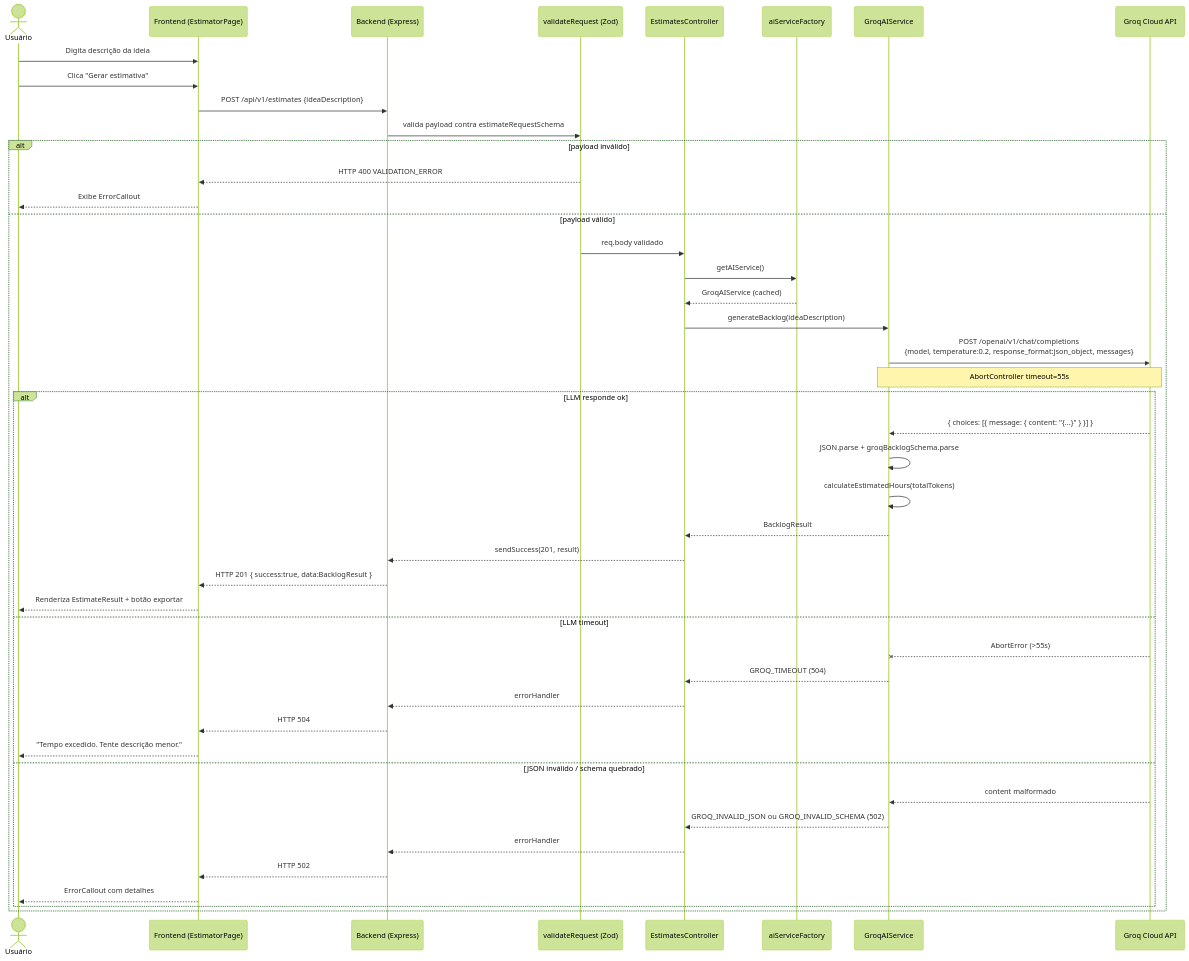
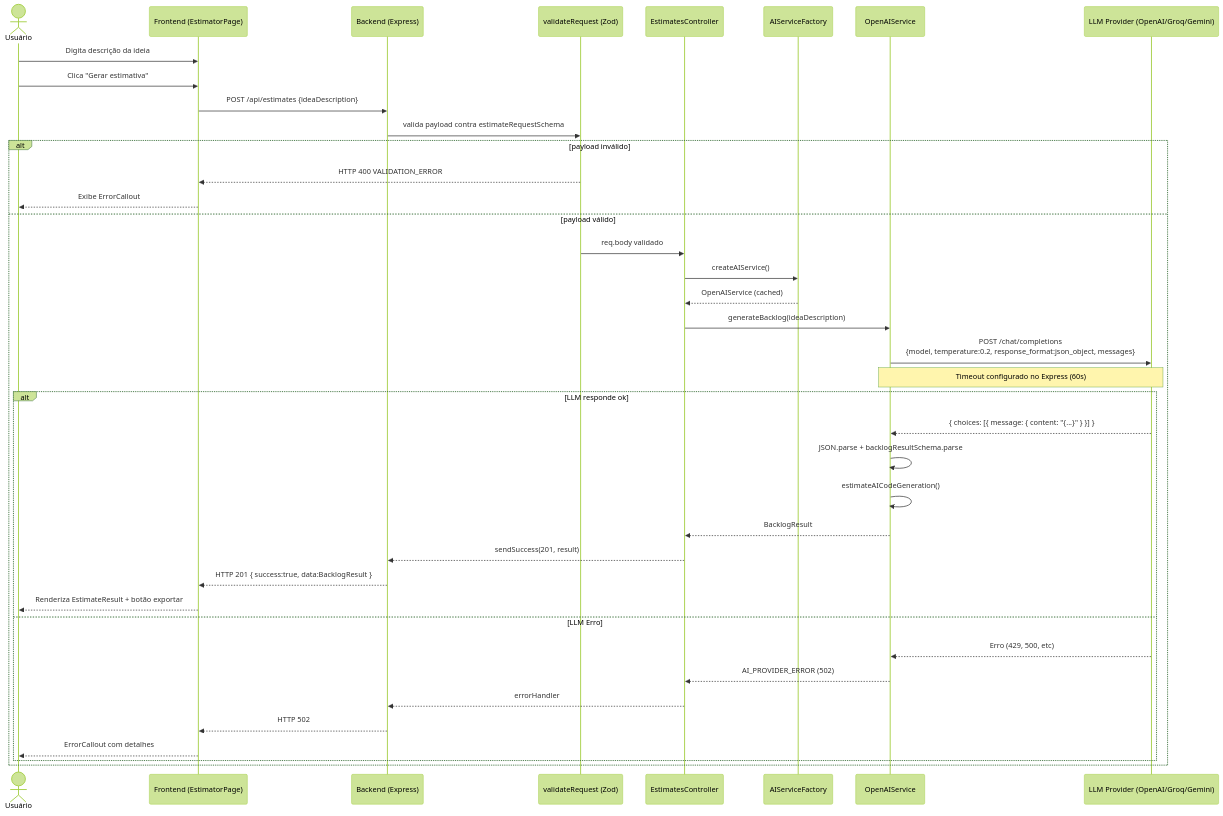
Before and after one commit to sidneydeus/mvp-estimator: the first of 3 diagrams in docs/UML.md, drawn with Mermaid (forest theme). The commit also changed other lines of this file and 10 other files, not shown here.

````diff
--- a/docs/UML.md
+++ b/docs/UML.md
@@ -11,48 +9,42 @@
 ```mermaid
 sequenceDiagram
     actor U as Usuário
     participant F as Frontend (EstimatorPage)
     participant API as Backend (Express)
     participant V as validateRequest (Zod)
     participant C as EstimatesController
-    participant Fac as aiServiceFactory
-    participant G as GroqAIService
-    participant LLM as Groq Cloud API
+    participant Fac as AIServiceFactory
+    participant S as OpenAIService
+    participant LLM as LLM Provider (OpenAI/Groq/Gemini)
 
     U->>F: Digita descrição da ideia
     U->>F: Clica "Gerar estimativa"
-    F->>API: POST /api/v1/estimates {ideaDescription}
+    F->>API: POST /api/estimates {ideaDescription}
     API->>V: valida payload contra estimateRequestSchema
     alt payload inválido
         V-->>F: HTTP 400 VALIDATION_ERROR
         F-->>U: Exibe ErrorCallout
     else payload válido
         V->>C: req.body validado
-        C->>Fac: getAIService()
-        Fac-->>C: GroqAIService (cached)
-        C->>G: generateBacklog(ideaDescription)
-        G->>LLM: POST /openai/v1/chat/completions<br/>{model, temperature:0.2, response_format:json_object, messages}
-        Note over G,LLM: AbortController timeout=55s
+        C->>Fac: createAIService()
+        Fac-->>C: OpenAIService (cached)
+        C->>S: generateBacklog(ideaDescription)
+        S->>LLM: POST /chat/completions<br/>{model, temperature:0.2, response_format:json_object, messages}
+        Note over S,LLM: Timeout configurado no Express (60s)
         alt LLM responde ok
-            LLM-->>G: { choices: [{ message: { content: "{...}" } }] }
-            G->>G: JSON.parse + groqBacklogSchema.parse
-            G->>G: calculateEstimatedHours(totalTokens)
-            G-->>C: BacklogResult
+            LLM-->>S: { choices: [{ message: { content: "{...}" } }] }
+            S->>S: JSON.parse + backlogResultSchema.parse
+            S->>S: estimateAICodeGeneration()
+            S-->>C: BacklogResult
             C-->>API: sendSuccess(201, result)
             API-->>F: HTTP 201 { success:true, data:BacklogResult }
             F-->>U: Renderiza EstimateResult + botão exportar
-        else LLM timeout
-            LLM--xG: AbortError (>55s)
-            G-->>C: GROQ_TIMEOUT (504)
-            C-->>API: errorHandler
-            API-->>F: HTTP 504
-            F-->>U: "Tempo excedido. Tente descrição menor."
-        else JSON inválido / schema quebrado
-            LLM-->>G: content malformado
-            G-->>C: GROQ_INVALID_JSON ou GROQ_INVALID_SCHEMA (502)
+        else LLM Erro
+            LLM-->>S: Erro (429, 500, etc)
+            S-->>C: AI_PROVIDER_ERROR (502)
             C-->>API: errorHandler
             API-->>F: HTTP 502
             F-->>U: ErrorCallout com detalhes
         end
     end
 ```
````
